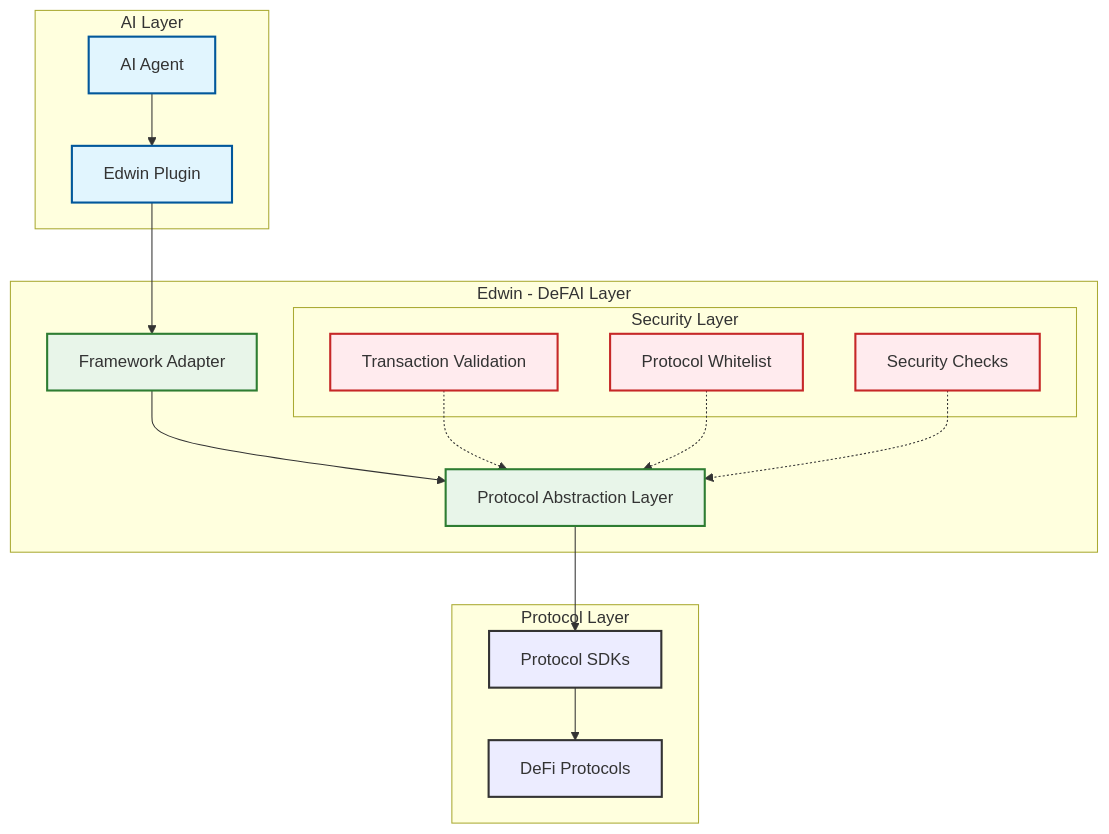
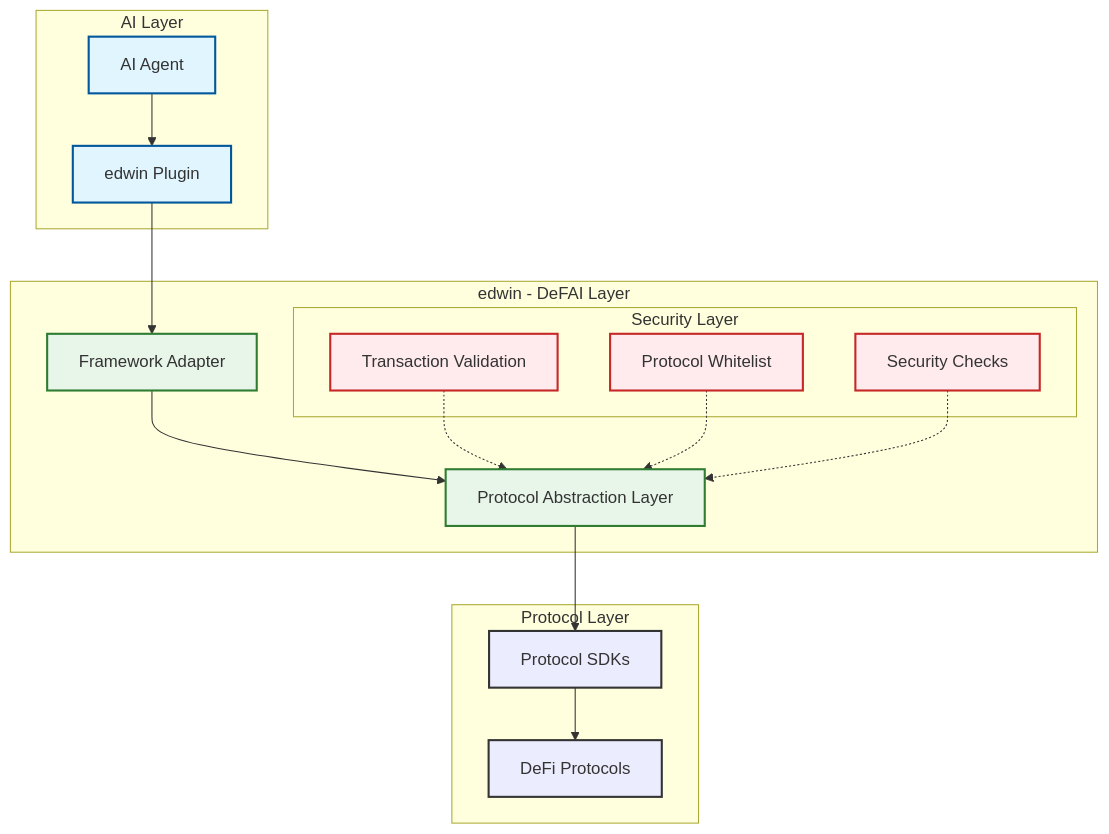
Before and after one commit to edwin-finance/docs: the diagram in core-concepts/how-edwin-works.md, drawn with Mermaid. The commit also changed other lines of this file and 19 other files, not shown here.

````diff
--- a/core-concepts/how-edwin-works.md
+++ b/core-concepts/how-edwin-works.md
@@ -11,46 +11,46 @@
 ```mermaid
 graph TB
     %% Styling
     classDef default stroke:#333,stroke-width:2px
     classDef highlight fill:#e1f5fe,stroke:#01579b,stroke-width:2px
     classDef core fill:#e8f5e9,stroke:#2e7d32,stroke-width:2px
     classDef security fill:#ffebee,stroke:#c62828,stroke-width:2px
 
     subgraph "AI Layer"
         A[AI Agent]
-        P[Edwin Plugin]
+        P[edwin Plugin]
         A --> P
     end
     
-    subgraph "Edwin - DeFAI Layer"
+    subgraph "edwin - DeFAI Layer"
         B[Framework Adapter]
         C[Protocol Abstraction Layer]
         
         P --> B
         B --> C
         
         subgraph "Security Layer"
             F[Transaction Validation]
             G[Protocol Whitelist]
             H[Security Checks]
         end
     end
     
     subgraph "Protocol Layer"
         I[Protocol SDKs]
         J[DeFi Protocols]
         
         C --> I
         I --> J
     end
     
     %% Security connections
     F -.-> C
     G -.-> C
     H -.-> C
 
     %% Apply styles
     class A,P highlight
     class B,C core
     class F,G,H security
 ```
````
